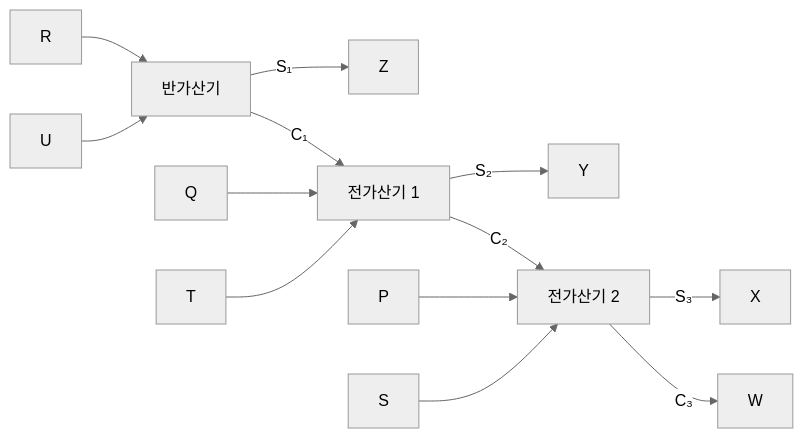
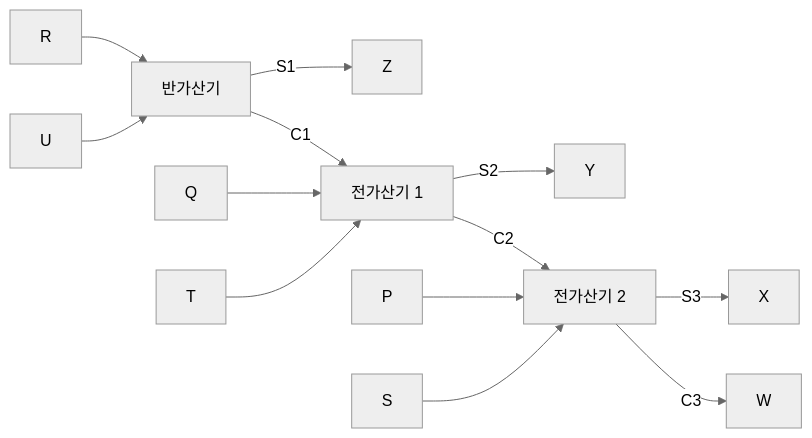
Before and after one commit to Choroning/25Fall_Discrete-Mathematics: the fifth of 5 diagrams in Lecture-Notes/Ch02_The-Logic-of-Compound-Statements/Concepts_Lecture.ko.md, drawn with Mermaid (neutral theme). The commit also changed other lines of this file and 37 other files, not shown here.

````diff
--- a/Lecture-Notes/Ch02_The-Logic-of-Compound-Statements/Concepts_Lecture.ko.md
+++ b/Lecture-Notes/Ch02_The-Logic-of-Compound-Statements/Concepts_Lecture.ko.md
@@ -1731,15 +1735,15 @@
 ```mermaid
 graph LR
     R["R"] --> HA["반가산기"]
     U["U"] --> HA
-    HA -->|"S₁"| Z["Z"]
-    HA -->|"C₁"| FA1["전가산기 1"]
+    HA -->|"S1"| Z["Z"]
+    HA -->|"C1"| FA1["전가산기 1"]
     Q["Q"] --> FA1
     T["T"] --> FA1
-    FA1 -->|"S₂"| Y["Y"]
-    FA1 -->|"C₂"| FA2["전가산기 2"]
+    FA1 -->|"S2"| Y["Y"]
+    FA1 -->|"C2"| FA2["전가산기 2"]
     P["P"] --> FA2
     S["S"] --> FA2
-    FA2 -->|"S₃"| X["X"]
-    FA2 -->|"C₃"| W["W"]
+    FA2 -->|"S3"| X["X"]
+    FA2 -->|"C3"| W["W"]
 ```
````
